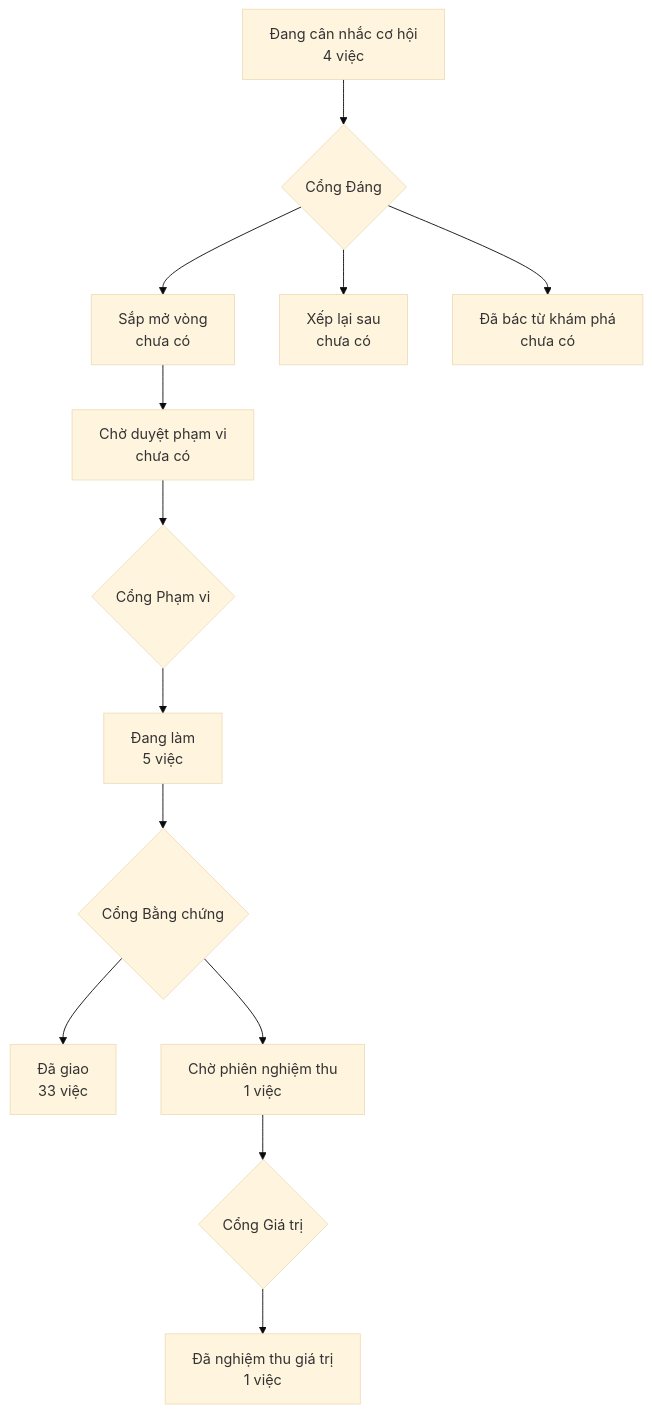
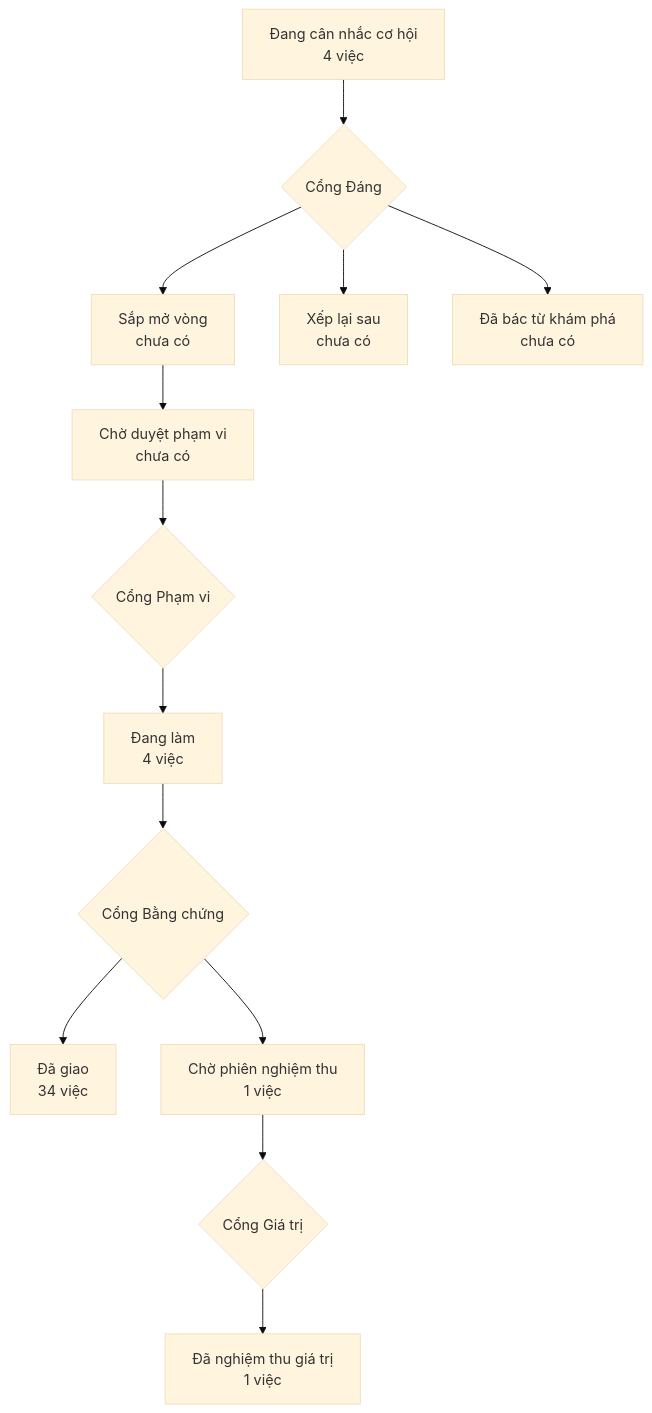
One commit to phanlemanh/crm-onehub changed the diagram in PRODUCT-MAP.md. Above: the diagram before and after it, drawn with Mermaid (base theme). The commit also changed 3 other files, not shown here.

````diff
--- a/PRODUCT-MAP.md
+++ b/PRODUCT-MAP.md
@@ -6,12 +6,12 @@
 ```mermaid
 flowchart TD
   A["Đang cân nhắc cơ hội<br/>4 việc"] --> GD{"Cổng Đáng"}
   GD --> B["Sắp mở vòng<br/>chưa có"]
   GD --> XL["Xếp lại sau<br/>chưa có"]
   GD --> DB["Đã bác từ khám phá<br/>chưa có"]
   B --> CD["Chờ duyệt phạm vi<br/>chưa có"] --> GP{"Cổng Phạm vi"}
-  GP --> DL["Đang làm<br/>5 việc"] --> GB{"Cổng Bằng chứng"}
-  GB --> DG["Đã giao<br/>33 việc"]
+  GP --> DL["Đang làm<br/>4 việc"] --> GB{"Cổng Bằng chứng"}
+  GB --> DG["Đã giao<br/>34 việc"]
   GB --> CN["Chờ phiên nghiệm thu<br/>1 việc"] --> GG{"Cổng Giá trị"}
   GG --> NT["Đã nghiệm thu giá trị<br/>1 việc"]
 ```
````
